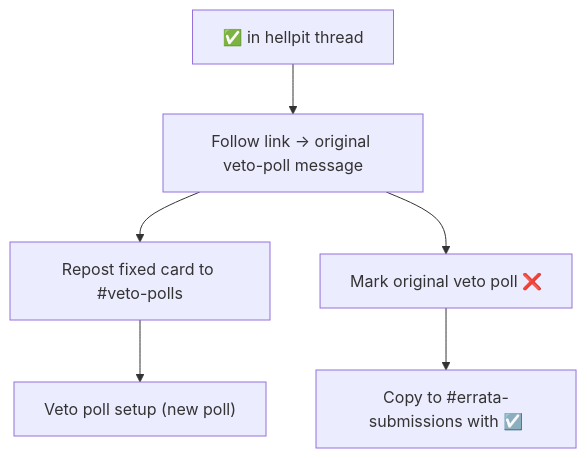
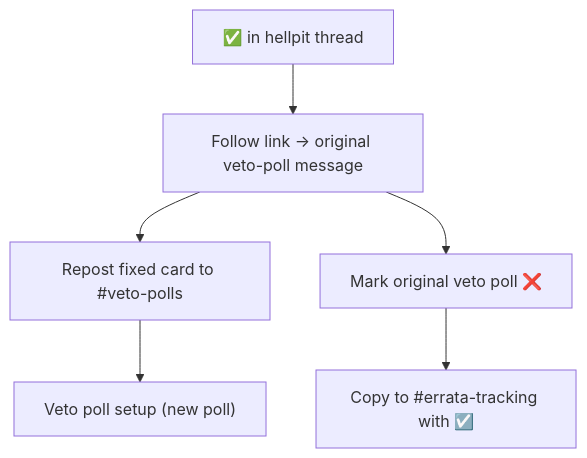
One commit to bones-bones/mork changed the sixth of 6 diagrams in docs/card-flows/veto.md. Above: the diagram before and after it, drawn with Mermaid. The commit also changed other lines of this file and 5 other files, not shown here.

First line of the commit message:
Fix inverted branches and stale thresholds in card-flow Mermaid docs. (#183)

````diff
--- a/docs/card-flows/veto.md
+++ b/docs/card-flows/veto.md
@@ -141,8 +141,8 @@
 ```mermaid
 flowchart TD
   RX["✅ in hellpit thread"] --> READ["Follow link → original veto-poll message"]
   READ --> REPOST["Repost fixed card to #veto-polls"]
   REPOST --> HVP["Veto poll setup (new poll)"]
   READ --> MARK["Mark original veto poll ❌"]
-  MARK --> ERR["Copy to #errata-submissions with ☑️"]
+  MARK --> ERR["Copy to #errata-tracking with ☑️"]
 ```
````
